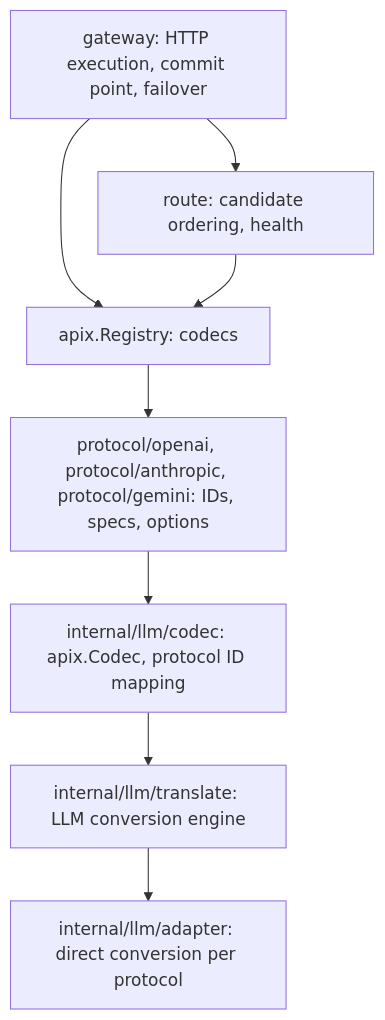
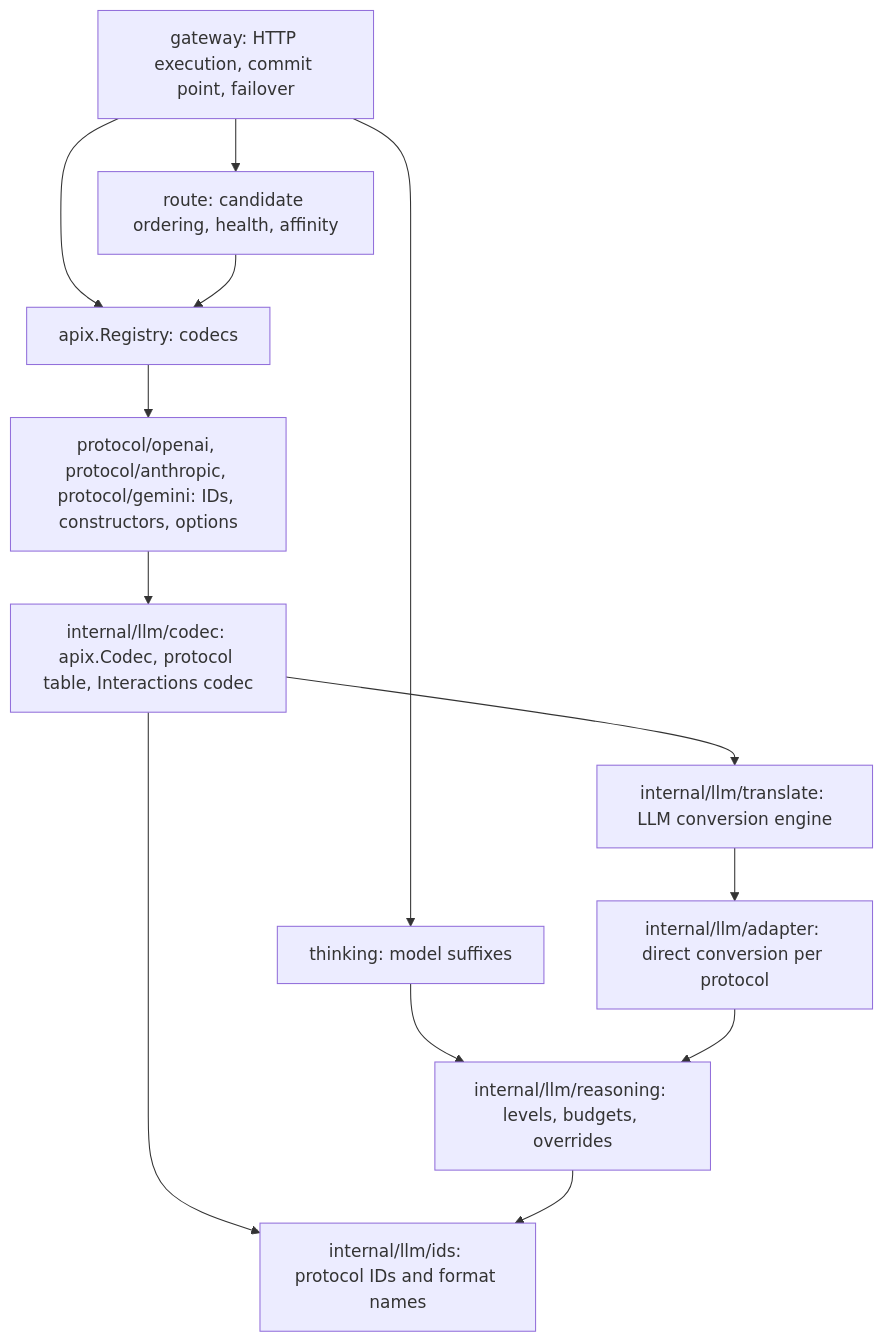
The diagram in docs/architecture.md (dillonzq/apix), drawn with Mermaid before and after one commit. The commit also changed other lines of this file and 79 other files, not shown here.

First line of the commit message:
refactor!: harden routing, unify protocol IDs and return error from public APIs

````diff
--- a/docs/architecture.md
+++ b/docs/architecture.md
@@ -7,10 +7,15 @@
 ```mermaid
 flowchart TD
-    GW[gateway: HTTP execution, commit point, failover] --> RT[route: candidate ordering, health]
+    GW[gateway: HTTP execution, commit point, failover] --> RT[route: candidate ordering, health, affinity]
     GW --> REG[apix.Registry: codecs]
+    GW --> TH[thinking: model suffixes]
     RT --> REG
-    REG --> VENDOR[protocol/openai, protocol/anthropic, protocol/gemini: IDs, specs, options]
-    VENDOR --> CODEC[internal/llm/codec: apix.Codec, protocol ID mapping]
+    REG --> VENDOR[protocol/openai, protocol/anthropic, protocol/gemini: IDs, constructors, options]
+    VENDOR --> CODEC[internal/llm/codec: apix.Codec, protocol table, Interactions codec]
+    TH --> RS
     CODEC --> ENGINE[internal/llm/translate: LLM conversion engine]
     ENGINE --> ADAPTERS[internal/llm/adapter: direct conversion per protocol]
+    ADAPTERS --> RS[internal/llm/reasoning: levels, budgets, overrides]
+    CODEC --> IDS[internal/llm/ids: protocol IDs and format names]
+    RS --> IDS
 ```
````
